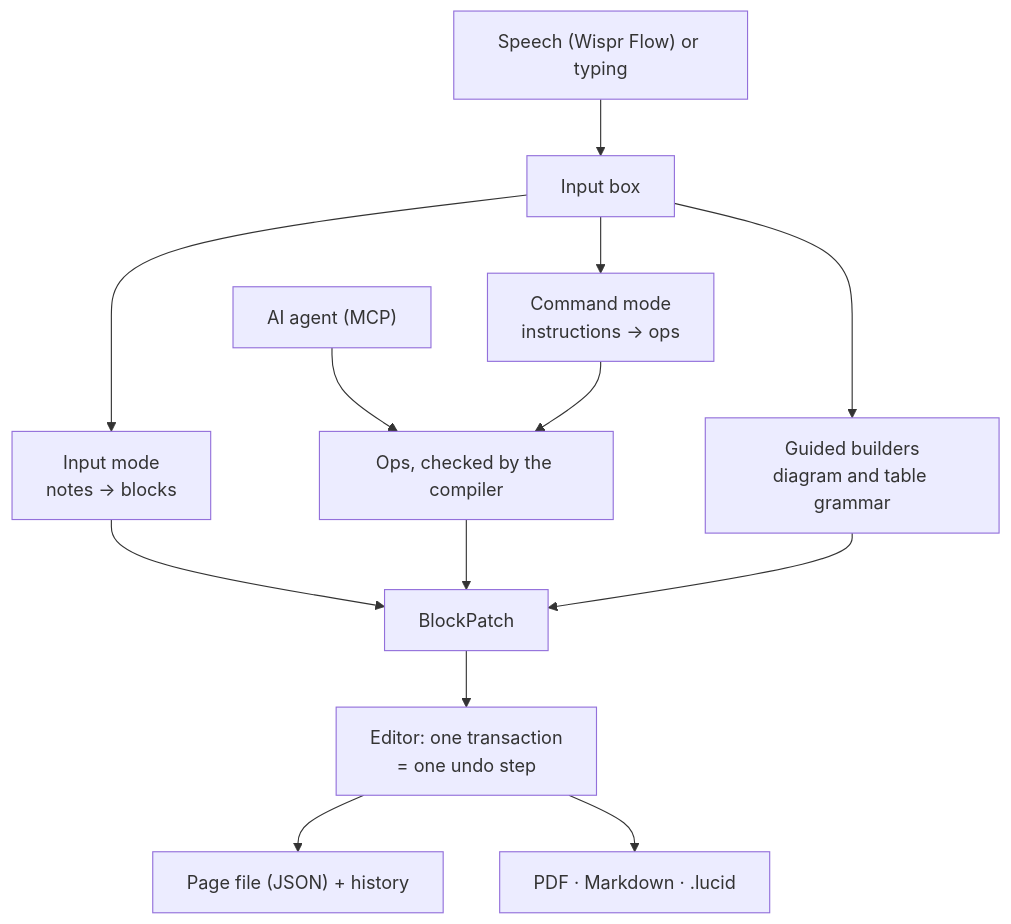
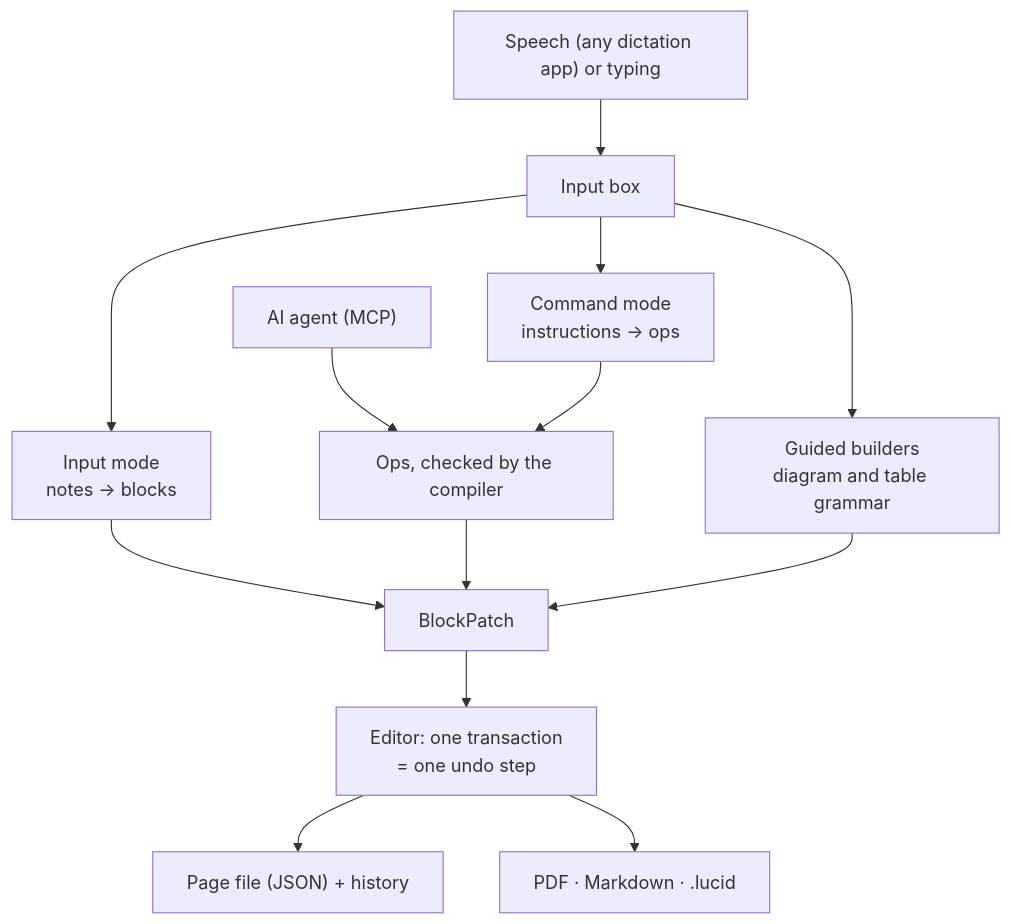
The diagram in docs/architecture.md (triggeredcode/lucid), drawn with Mermaid before and after one commit. The commit also changed 139 other files, not shown here.

````diff
--- a/docs/architecture.md
+++ b/docs/architecture.md
@@ -7,14 +7,14 @@
 ```mermaid
 flowchart TD
-  say["Speech (Wispr Flow) or typing"] --> box["Input box"]
+  say["Speech (any dictation app) or typing"] --> box["Input box"]
   box --> input["Input mode<br/>notes → blocks"]
   box --> command["Command mode<br/>instructions → ops"]
   box --> guided["Guided builders<br/>diagram and table grammar"]
   agent["AI agent (MCP)"] --> ops
   input --> patch["BlockPatch"]
   command --> ops["Ops, checked by the compiler"] --> patch
   guided --> patch
   patch --> editor["Editor: one transaction<br/>= one undo step"]
   editor --> file["Page file (JSON) + history"]
   editor --> out["PDF · Markdown · .lucid"]
 ```
````
